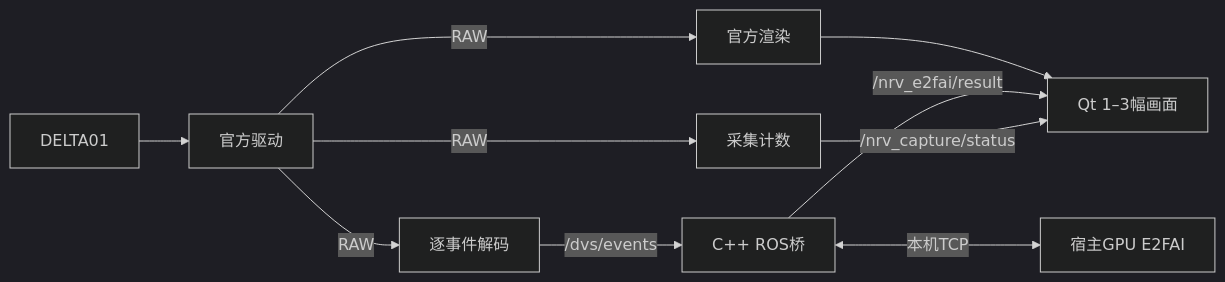
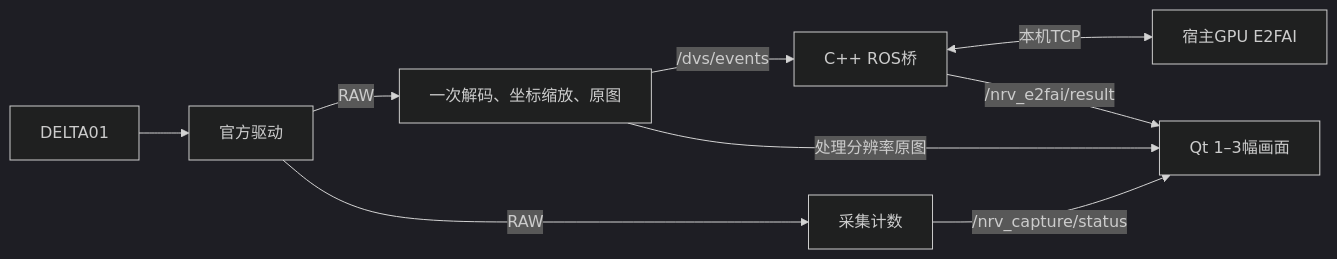
One commit to lixiang-moss/NRV_Demo changed the diagram in README.zh-CN.md. Above: the diagram before and after it, drawn with Mermaid (dark theme). The commit also changed other lines of this file and 22 other files, not shown here.

````diff
--- a/README.zh-CN.md
+++ b/README.zh-CN.md
@@ -71,12 +87,11 @@
 ```mermaid
 flowchart LR
   Camera[DELTA01] --> Driver[官方驱动]
-  Driver -->|RAW| Renderer[官方渲染]
-  Driver -->|RAW| Adapter[逐事件解码]
+  Driver -->|RAW| Adapter[一次解码、坐标缩放、原图]
   Driver -->|RAW| Monitor[采集计数]
   Adapter -->|/dvs/events| Bridge[C++ ROS桥]
   Bridge <-->|本机TCP| Model[宿主GPU E2FAI]
-  Renderer --> GUI[Qt 1–3幅画面]
+  Adapter -->|处理分辨率原图| GUI[Qt 1–3幅画面]
   Bridge -->|/nrv_e2fai/result| GUI
   Monitor -->|/nrv_capture/status| GUI
 ```
````
